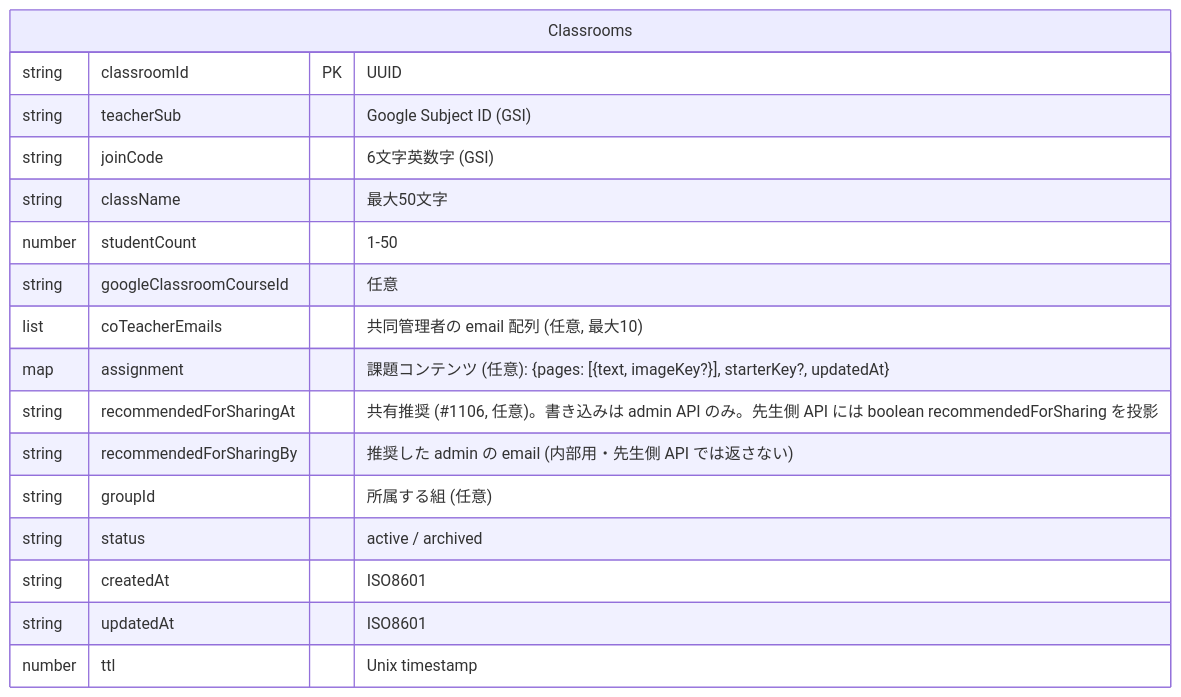
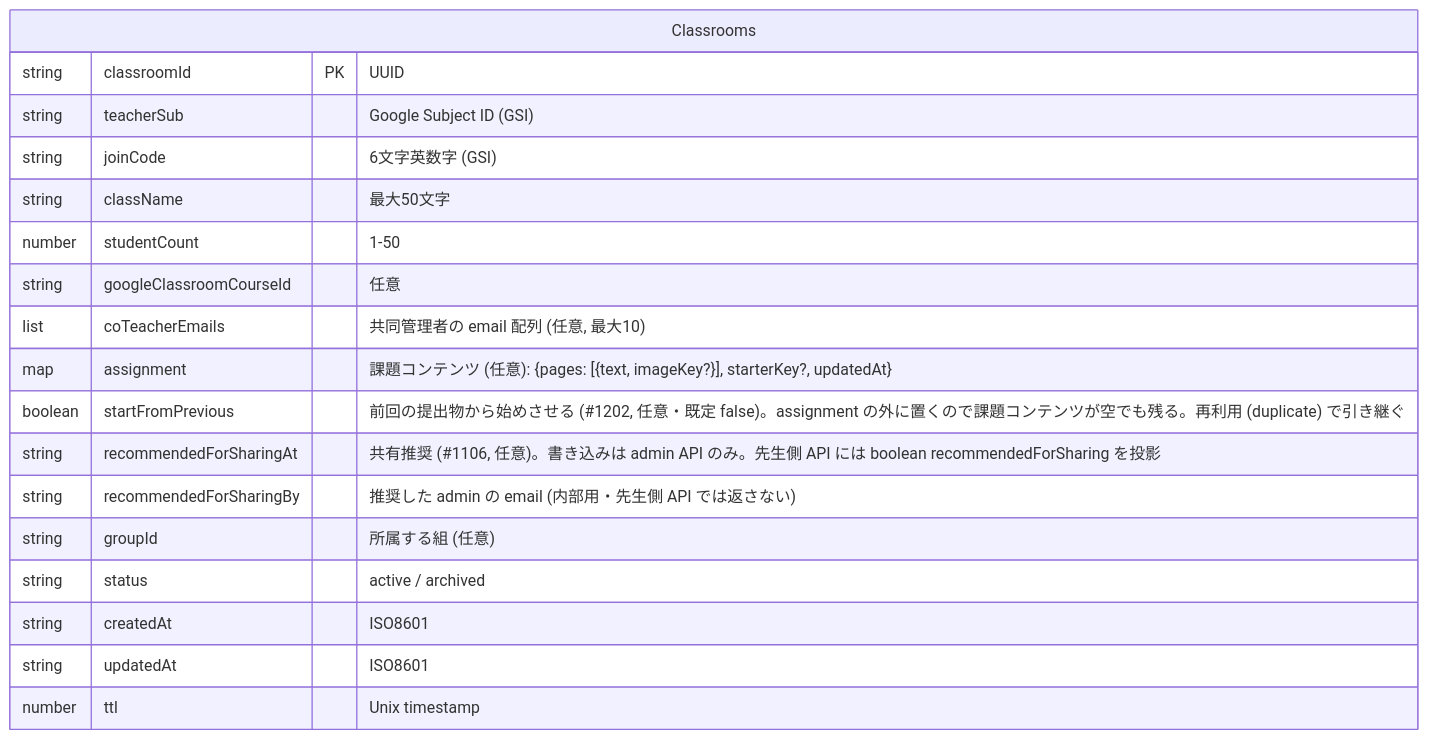
The third of 8 diagrams in docs/classroom/architecture.md (smalruby/smalruby3-editor), drawn with Mermaid before and after one commit. The commit also changed other lines of this file and 32 other files, not shown here.

First line of the commit message:
feat(classroom): add the start-from-previous-submission assignment setting

````diff
--- a/docs/classroom/architecture.md
+++ b/docs/classroom/architecture.md
@@ -321,20 +321,21 @@
 ```mermaid
 erDiagram
     Classrooms {
         string classroomId PK "UUID"
         string teacherSub "Google Subject ID (GSI)"
         string joinCode "6文字英数字 (GSI)"
         string className "最大50文字"
         number studentCount "1-50"
         string googleClassroomCourseId "任意"
         list coTeacherEmails "共同管理者の email 配列 (任意, 最大10)"
         map assignment "課題コンテンツ (任意): {pages: [{text, imageKey?}], starterKey?, updatedAt}"
+        boolean startFromPrevious "前回の提出物から始めさせる (#1202, 任意・既定 false)。assignment の外に置くので課題コンテンツが空でも残る。再利用 (duplicate) で引き継ぐ"
         string recommendedForSharingAt "共有推奨 (#1106, 任意)。書き込みは admin API のみ。先生側 API には boolean recommendedForSharing を投影"
         string recommendedForSharingBy "推奨した admin の email (内部用・先生側 API では返さない)"
         string groupId "所属する組 (任意)"
         string status "active / archived"
         string createdAt "ISO8601"
         string updatedAt "ISO8601"
         number ttl "Unix timestamp"
     }
 ```
````
